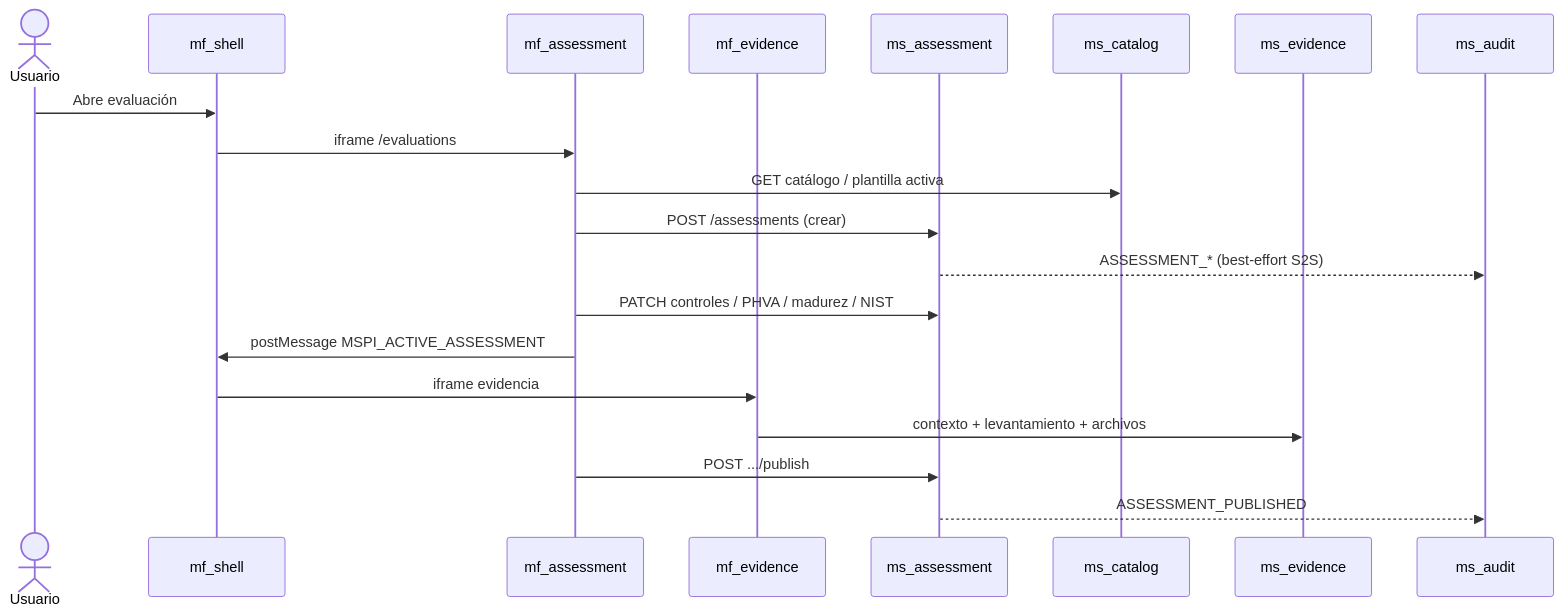
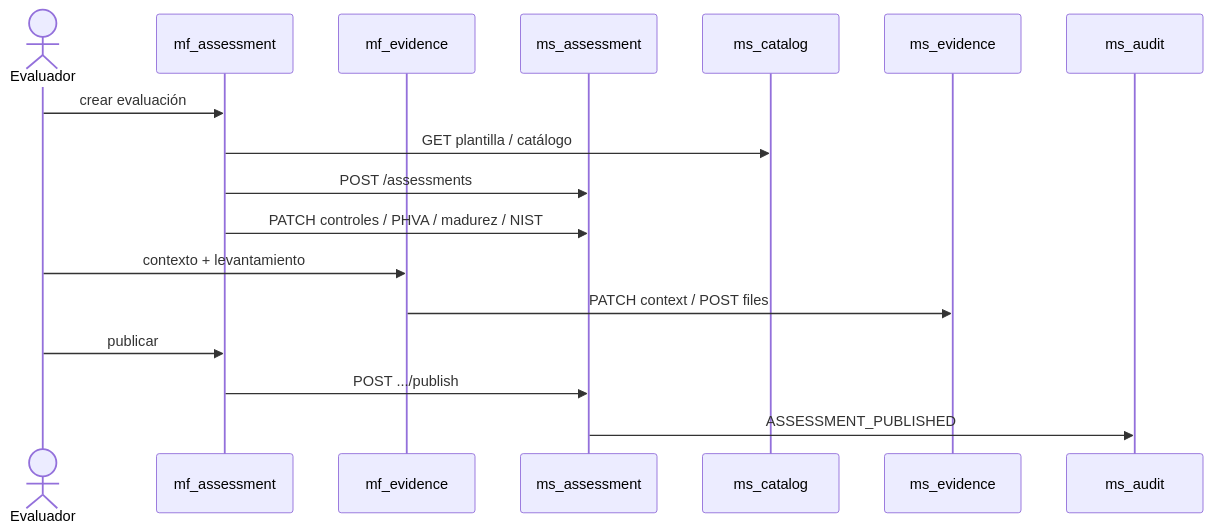
Before and after one commit to jdtovar07/MSPI_NVA_CO_DOCS: the seventh of 10 diagrams in Documentacion-General/15-Diagramas-C4-y-Secuencias.md, drawn with Mermaid. The commit also changed other lines of this file and 1 other file, not shown here.

First line of the commit message:
docs: expand C4, deployment, ER and key sequence diagrams

````diff
--- a/Documentacion-General/15-Diagramas-C4-y-Secuencias.md
+++ b/Documentacion-General/15-Diagramas-C4-y-Secuencias.md
@@ -146,23 +274,20 @@
 ```mermaid
 sequenceDiagram
-    actor U as Usuario
-    participant Shell as mf_shell
-    participant AsmUI as mf_assessment
-    participant EvUI as mf_evidence
+    actor U as Evaluador
+    participant UI as mf_assessment
+    participant Ev as mf_evidence
     participant ASM as ms_assessment
     participant CAT as ms_catalog
     participant EVI as ms_evidence
     participant AUD as ms_audit
 
-    U->>Shell: Abre evaluación
-    Shell->>AsmUI: iframe /evaluations
-    AsmUI->>CAT: GET catálogo / plantilla activa
-    AsmUI->>ASM: POST /assessments (crear)
-    ASM-->>AUD: ASSESSMENT_* (best-effort S2S)
-    AsmUI->>ASM: PATCH controles / PHVA / madurez / NIST
-    AsmUI->>Shell: postMessage MSPI_ACTIVE_ASSESSMENT
-    Shell->>EvUI: iframe evidencia
-    EvUI->>EVI: contexto + levantamiento + archivos
-    AsmUI->>ASM: POST .../publish
-    ASM-->>AUD: ASSESSMENT_PUBLISHED
+    U->>UI: crear evaluación
+    UI->>CAT: GET plantilla / catálogo
+    UI->>ASM: POST /assessments
+    UI->>ASM: PATCH controles / PHVA / madurez / NIST
+    U->>Ev: contexto + levantamiento
+    Ev->>EVI: PATCH context / POST files
+    U->>UI: publicar
+    UI->>ASM: POST .../publish
+    ASM->>AUD: ASSESSMENT_PUBLISHED
 ```
````
